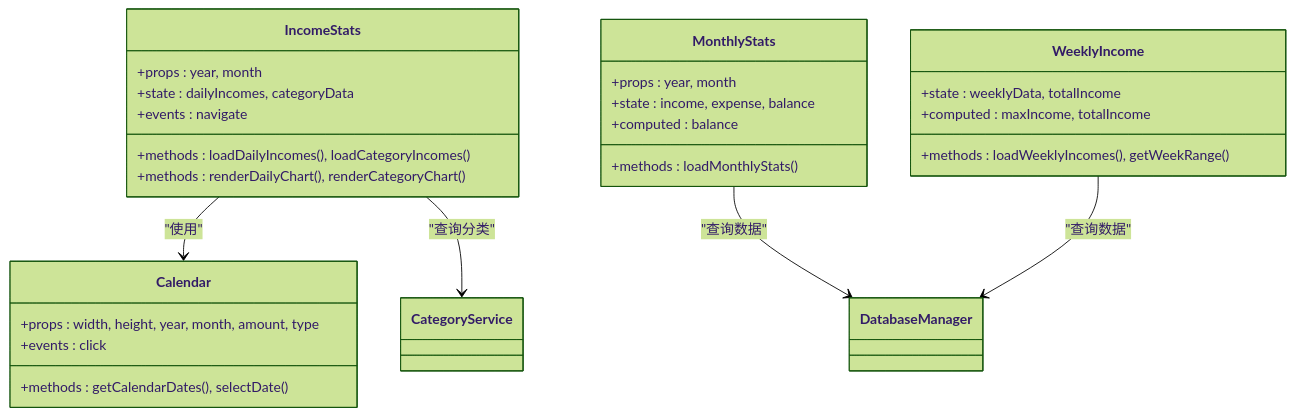
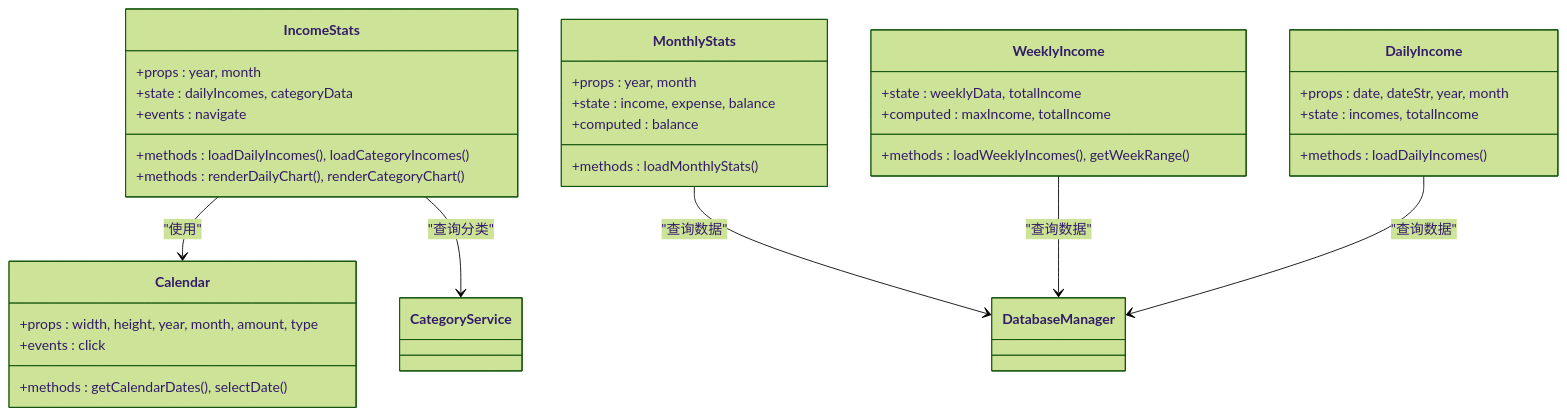
Before and after one commit to xiao-lin-unit/yuan: the second of 12 diagrams in .qoder/repowiki/zh/content/Income Statistics Analysis.md, drawn with Mermaid (forest theme). The commit also changed other lines of this file and 6 other files, not shown here.

````diff
--- a/.qoder/repowiki/zh/content/Income Statistics Analysis.md
+++ b/.qoder/repowiki/zh/content/Income Statistics Analysis.md
@@ -101,30 +109,36 @@
 ```mermaid
 classDiagram
 class IncomeStats {
 +props : year, month
 +state : dailyIncomes, categoryData
 +methods : loadDailyIncomes(), loadCategoryIncomes()
 +methods : renderDailyChart(), renderCategoryChart()
 +events : navigate
 }
 class MonthlyStats {
 +props : year, month
 +state : income, expense, balance
 +methods : loadMonthlyStats()
 +computed : balance
 }
 class WeeklyIncome {
 +state : weeklyData, totalIncome
 +methods : loadWeeklyIncomes(), getWeekRange()
 +computed : maxIncome, totalIncome
 }
+class DailyIncome {
++props : date, dateStr, year, month
++state : incomes, totalIncome
++methods : loadDailyIncomes()
+}
 class Calendar {
 +props : width, height, year, month, amount, type
 +methods : getCalendarDates(), selectDate()
 +events : click
 }
 IncomeStats --> Calendar : "使用"
 IncomeStats --> CategoryService : "查询分类"
 MonthlyStats --> DatabaseManager : "查询数据"
 WeeklyIncome --> DatabaseManager : "查询数据"
+DailyIncome --> DatabaseManager : "查询数据"
 ```
````
